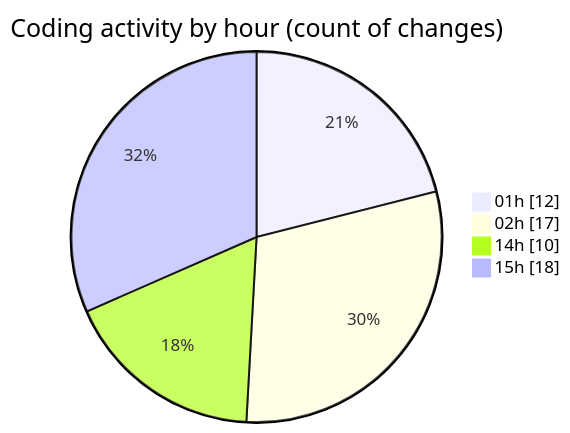
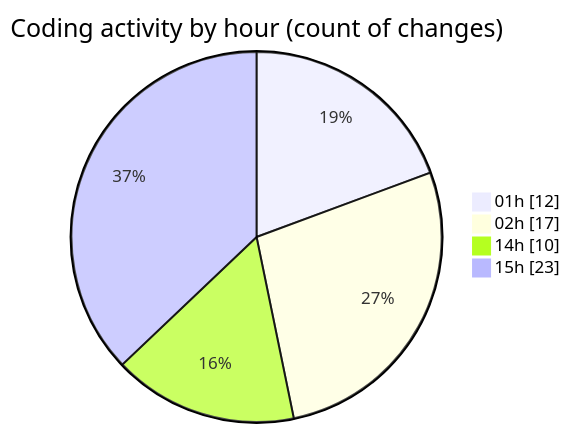
The second of 2 diagrams in 2025-11-16/eventscop-frontend-guide__workspace_/README.md (julien-gomy/code-tracking), drawn with Mermaid before and after one commit. The commit also changed other lines of this file and 1 other file, not shown here.

````diff
--- a/2025-11-16/eventscop-frontend-guide__workspace_/README.md
+++ b/2025-11-16/eventscop-frontend-guide__workspace_/README.md
@@ -44,8 +44,8 @@
 ```mermaid
 pie showData
 title Coding activity by hour (count of changes)
 "01h" : 12
 "02h" : 17
 "14h" : 10
-"15h" : 18
+"15h" : 23
 ```
````
